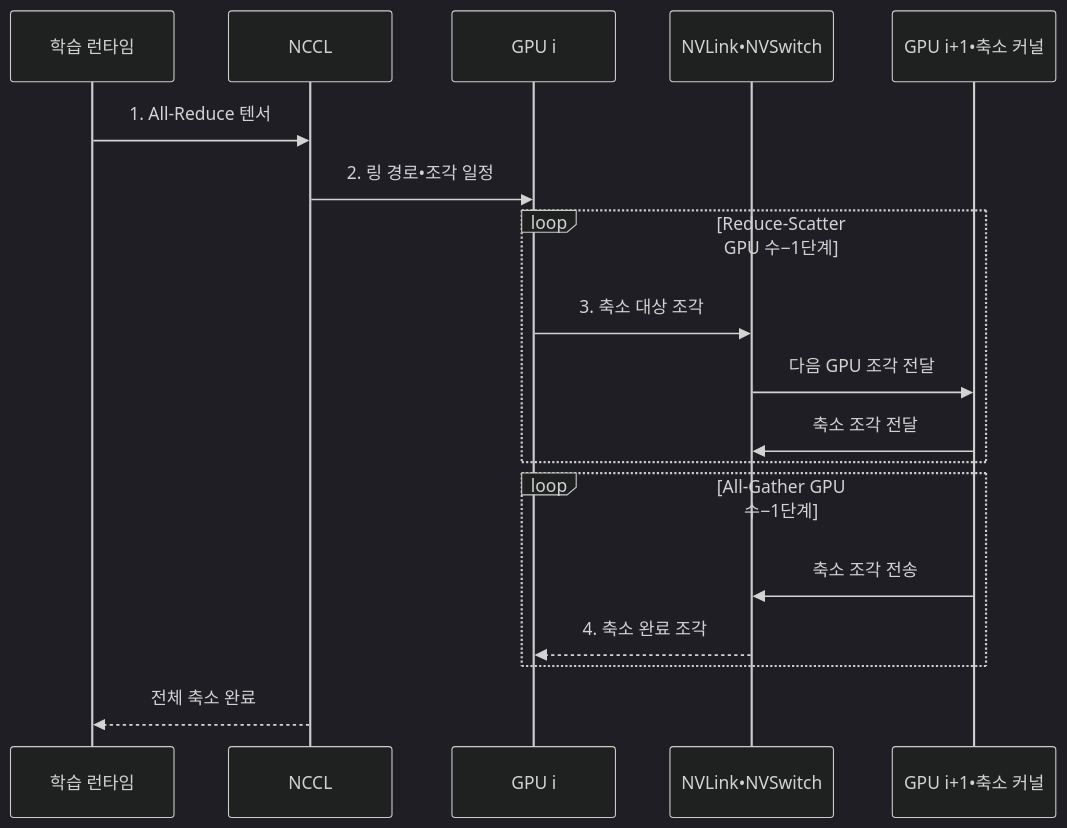
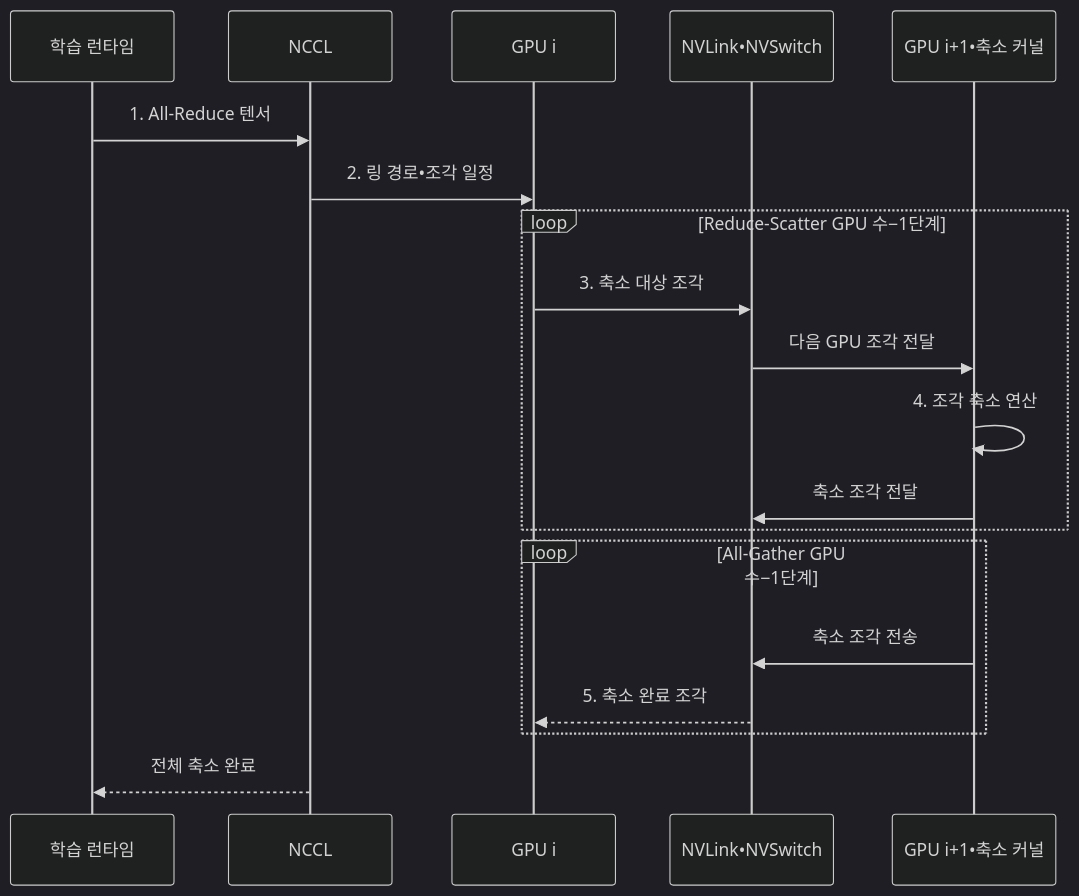
The second of 2 diagrams in src/content/docs/notes/02-hardware/047_nvlink.md (agnusdei1207/knowledge-base), drawn with Mermaid (dark theme) before and after one commit. The commit also changed other lines of this file and 14 other files, not shown here.

````diff
--- a/src/content/docs/notes/02-hardware/047_nvlink.md
+++ b/src/content/docs/notes/02-hardware/047_nvlink.md
@@ -98,21 +98,22 @@
 ```mermaid
 sequenceDiagram
     participant A as 학습 런타임
     participant N as NCCL
     participant G1 as GPU i
     participant S as NVLink•NVSwitch
     participant G2 as GPU i+1•축소 커널
 
     A->>N: 1. All-Reduce 텐서
     N->>G1: 2. 링 경로•조각 일정
     loop Reduce-Scatter GPU 수−1단계
         G1->>S: 3. 축소 대상 조각
         S->>G2: 다음 GPU 조각 전달
+        G2->>G2: 4. 조각 축소 연산
         G2->>S: 축소 조각 전달
     end
     loop All-Gather GPU 수−1단계
         G2->>S: 축소 조각 전송
-        S-->>G1: 4. 축소 완료 조각
+        S-->>G1: 5. 축소 완료 조각
     end
     N-->>A: 전체 축소 완료
 ```
````
